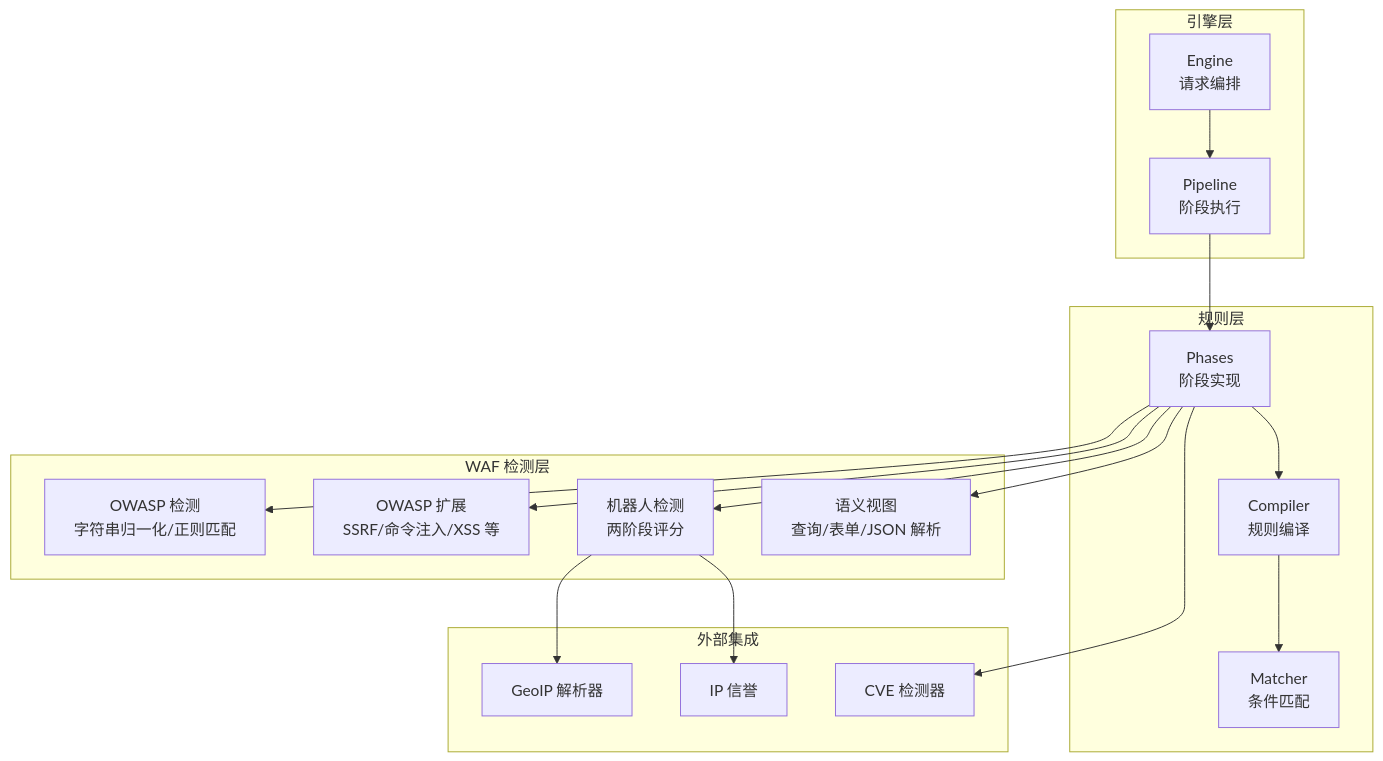
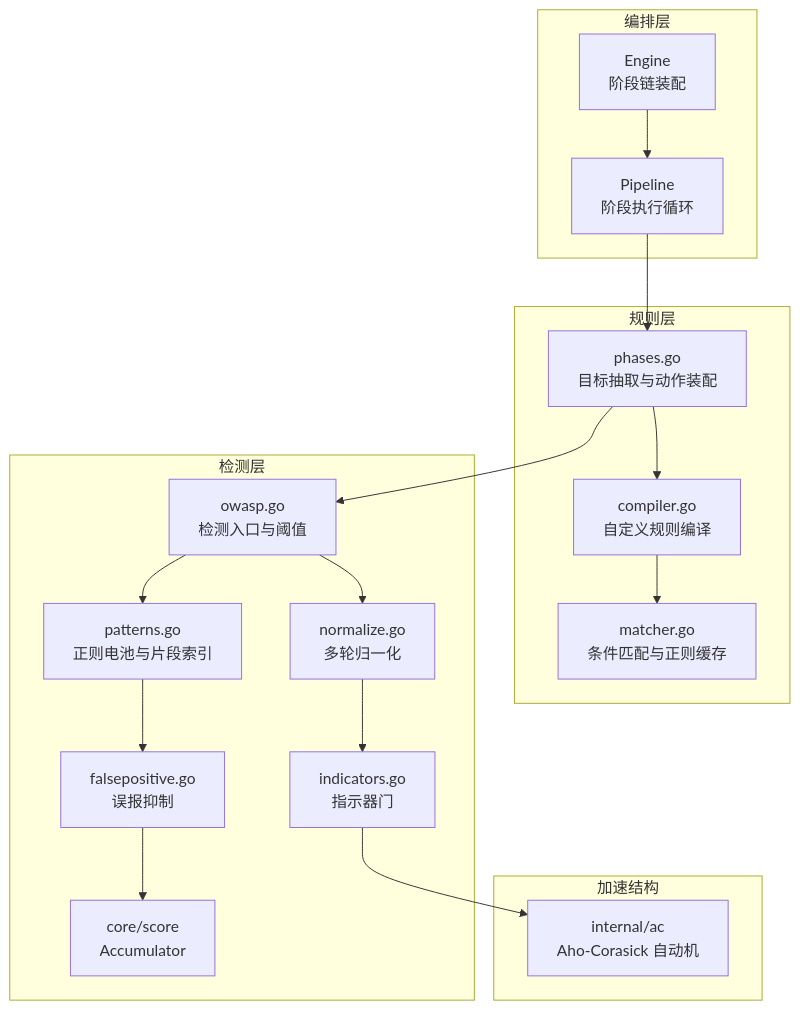
Before and after one commit to x01n/My-OpenWaf: the first of 9 diagrams in docs/安全防护功能/OWASP 检测/检测算法与技术.md, drawn with Mermaid. The commit also changed other lines of this file and 622 other files, not shown here.

````diff
--- a/docs/安全防护功能/OWASP 检测/检测算法与技术.md
+++ b/docs/安全防护功能/OWASP 检测/检测算法与技术.md
@@ -42,34 +63,34 @@
 ```mermaid
 graph TB
-subgraph "引擎层"
-Engine["Engine<br/>请求编排"]
-Pipeline["Pipeline<br/>阶段执行"]
+subgraph "编排层"
+Engine["Engine<br/>阶段链装配"]
+Pipeline["Pipeline<br/>阶段执行循环"]
 end
 subgraph "规则层"
-Compiler["Compiler<br/>规则编译"]
-Matcher["Matcher<br/>条件匹配"]
-Phases["Phases<br/>阶段实现"]
+Phases["phases.go<br/>目标抽取与动作装配"]
+Compiler["compiler.go<br/>自定义规则编译"]
+Matcher["matcher.go<br/>条件匹配与正则缓存"]
 end
-subgraph "WAF 检测层"
-OWASP["OWASP 检测<br/>字符串归一化/正则匹配"]
-OWASPExt["OWASP 扩展<br/>SSRF/命令注入/XSS 等"]
-Bot["机器人检测<br/>两阶段评分"]
-Semantic["语义视图<br/>查询/表单/JSON 解析"]
+subgraph "检测层"
+OWASP["owasp.go<br/>检测入口与阈值"]
+NRM["normalize.go<br/>多轮归一化"]
+IND["indicators.go<br/>指示器门"]
+FP["falsepositive.go<br/>误报抑制"]
+PAT["patterns.go<br/>正则电池与片段索引"]
+Acc["core/score<br/>Accumulator"]
 end
-subgraph "外部集成"
-GeoIP["GeoIP 解析器"]
-IPRep["IP 信誉"]
-CVE["CVE 检测器"]
+subgraph "加速结构"
+AC["internal/ac<br/>Aho-Corasick 自动机"]
 end
 Engine --> Pipeline
 Pipeline --> Phases
 Phases --> OWASP
-Phases --> OWASPExt
-Phases --> Bot
-Phases --> Semantic
 Phases --> Compiler
 Compiler --> Matcher
-Bot --> GeoIP
-Bot --> IPRep
-Phases --> CVE
+OWASP --> NRM
+NRM --> IND
+IND --> AC
+OWASP --> PAT
+PAT --> FP
+FP --> Acc
 ```
````
